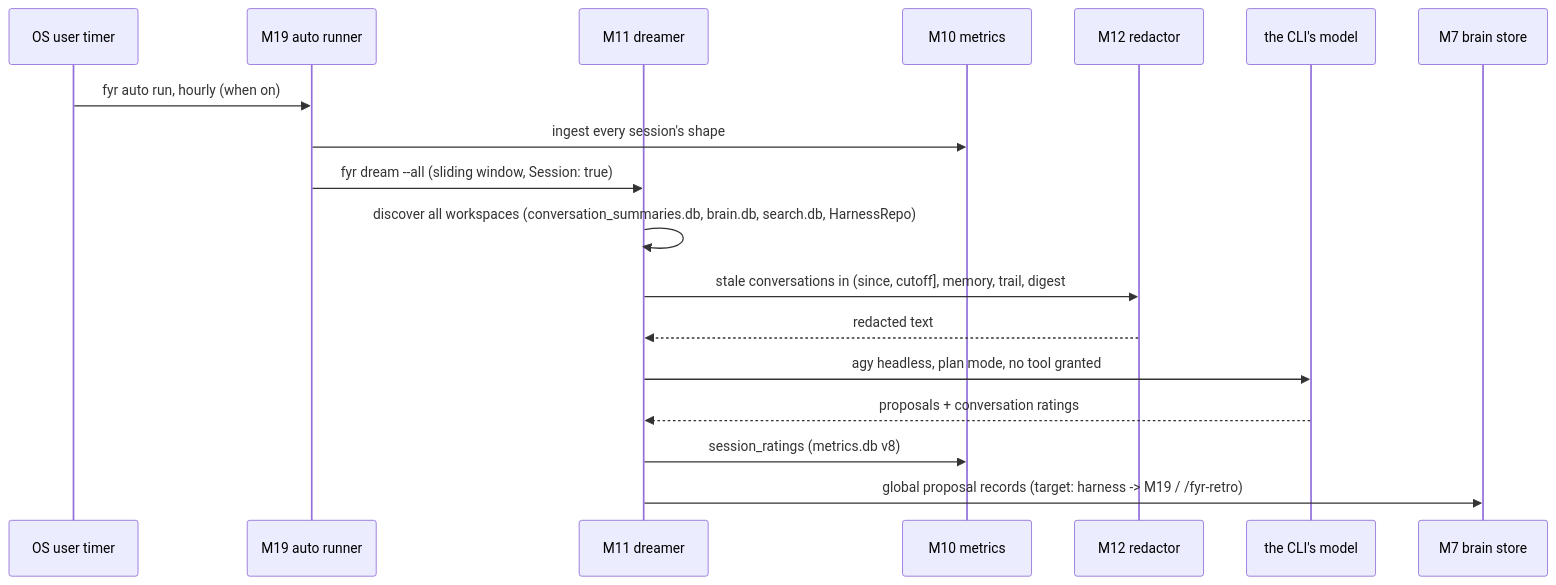
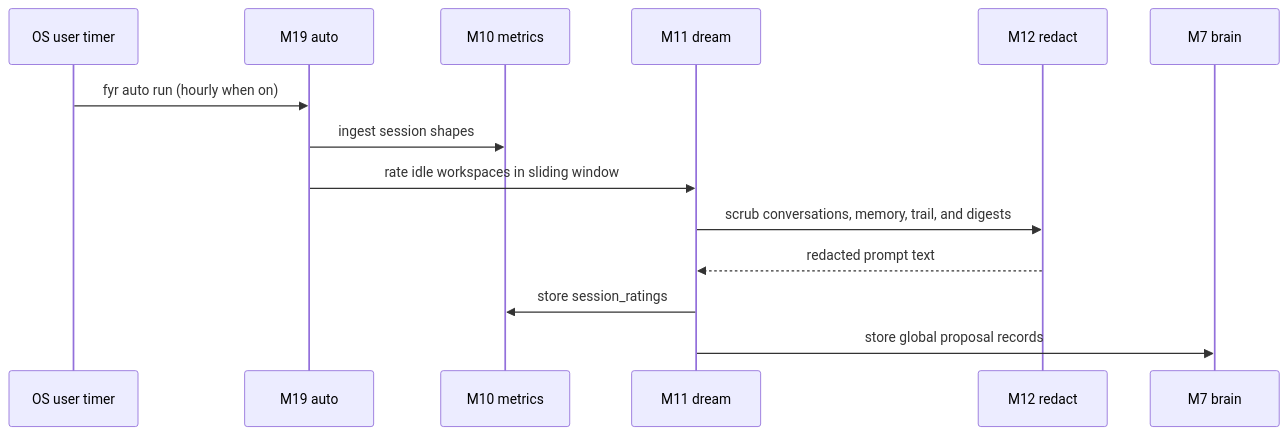
One commit to kesokaj/fyr changed the sixth of 6 diagrams in SDD.md. Above: the diagram before and after it, drawn with Mermaid. The commit also changed other lines of this file and 1 other file, not shown here.

````diff
--- a/SDD.md
+++ b/SDD.md
@@ -123,20 +221,16 @@
 ```mermaid
 sequenceDiagram
-  participant T as OS user timer
-  participant A as M19 auto runner
-  participant D as M11 dreamer
-  participant M as M10 metrics
-  participant R as M12 redactor
-  participant P as the CLI's model
-  participant B as M7 brain store
-  T->>A: fyr auto run, hourly (when on)
-  A->>M: ingest every session's shape
-  A->>D: fyr dream --all (sliding window, Session: true)
-  D->>D: discover all workspaces (conversation_summaries.db, brain.db, search.db, HarnessRepo)
-  D->>R: stale conversations in (since, cutoff], memory, trail, digest
-  R-->>D: redacted text
-  D->>P: agy headless, plan mode, no tool granted
-  P-->>D: proposals + conversation ratings
-  D->>M: session_ratings (metrics.db v8)
-  D->>B: global proposal records (target: harness -> M19 / /fyr-retro)
+  participant Tmr as OS user timer
+  participant Aut as M19 auto
+  participant Met as M10 metrics
+  participant Drm as M11 dream
+  participant Red as M12 redact
+  participant Brn as M7 brain
+  Tmr->>Aut: fyr auto run (hourly when on)
+  Aut->>Met: ingest session shapes
+  Aut->>Drm: rate idle workspaces in sliding window
+  Drm->>Red: scrub conversations, memory, trail, and digests
+  Red-->>Drm: redacted prompt text
+  Drm->>Met: store session_ratings
+  Drm->>Brn: store global proposal records
 ```
````
